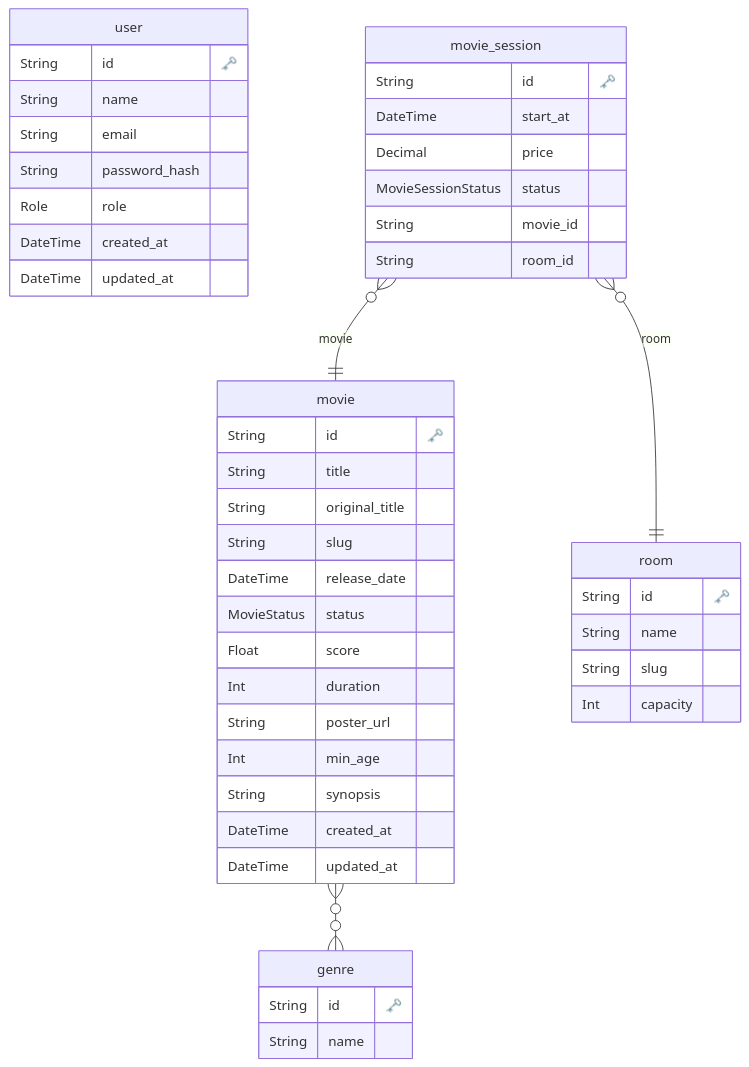
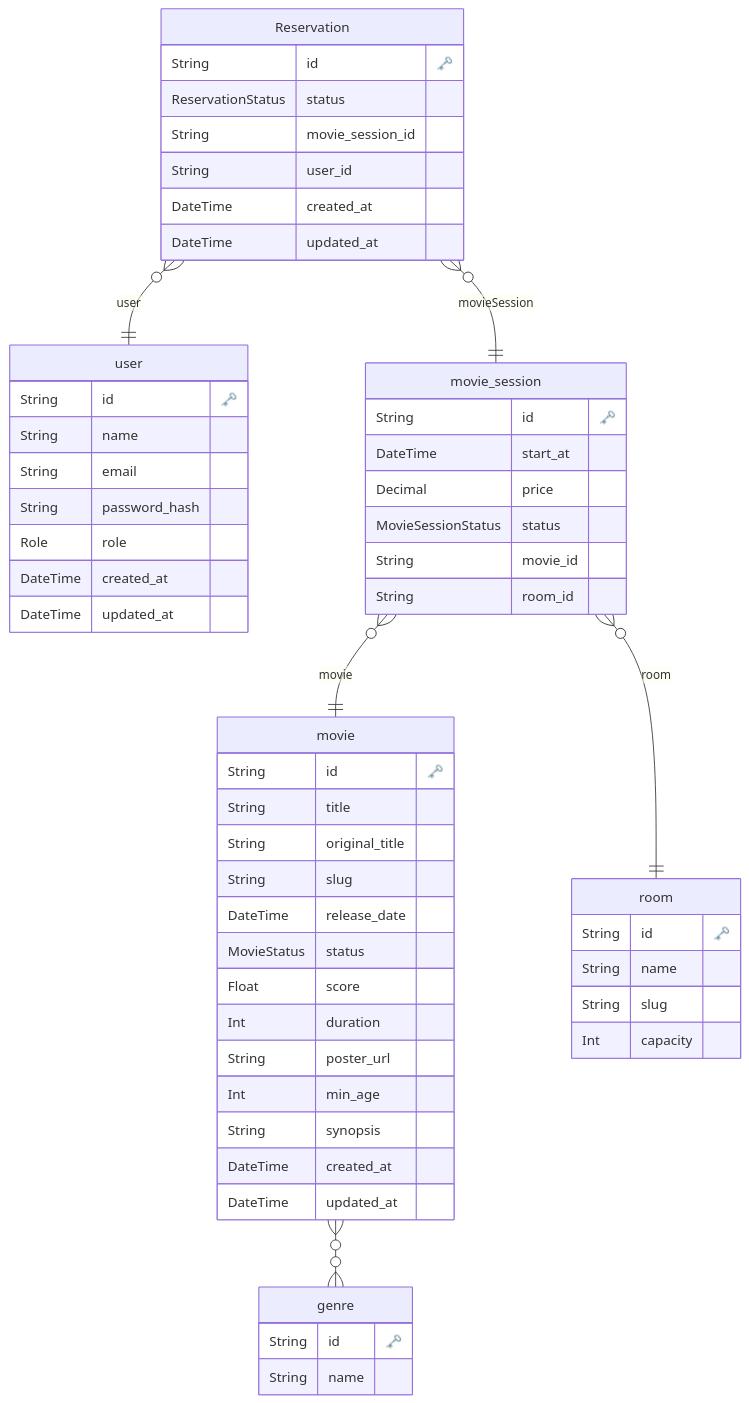
Before and after one commit to ThiagoACNascimento/movie-reservation-system: the diagram in prisma/ERD.md, drawn with Mermaid. The commit also changed 2 other files, not shown here.

Commit message:
feat: add new columns and relation in `Reservation` model

````diff
--- a/prisma/ERD.md
+++ b/prisma/ERD.md
@@ -1,58 +1,70 @@
 ```mermaid
 erDiagram
 
   "user" {
     String id "🗝️"
-    String name 
-    String email 
-    String password_hash 
-    Role role 
-    DateTime created_at 
-    DateTime updated_at 
+    String name
+    String email
+    String password_hash
+    Role role
+    DateTime created_at
+    DateTime updated_at
     }
-  
+
 
   "movie" {
     String id "🗝️"
-    String title 
-    String original_title 
-    String slug 
-    DateTime release_date 
-    MovieStatus status 
-    Float score 
-    Int duration 
-    String poster_url 
-    Int min_age 
-    String synopsis 
-    DateTime created_at 
-    DateTime updated_at 
+    String title
+    String original_title
+    String slug
+    DateTime release_date
+    MovieStatus status
+    Float score
+    Int duration
+    String poster_url
+    Int min_age
+    String synopsis
+    DateTime created_at
+    DateTime updated_at
     }
-  
+
 
   "genre" {
     String id "🗝️"
-    String name 
+    String name
     }
-  
+
 
   "room" {
     String id "🗝️"
-    String name 
-    String slug 
-    Int capacity 
+    String name
+    String slug
+    Int capacity
     }
-  
+
 
   "movie_session" {
     String id "🗝️"
-    DateTime start_at 
-    Decimal price 
-    MovieSessionStatus status 
-    String movie_id 
-    String room_id 
+    DateTime start_at
+    Decimal price
+    MovieSessionStatus status
+    String movie_id
+    String room_id
     }
-  
+
+
+  "Reservation" {
+    String id "🗝️"
+    ReservationStatus status
+    String movie_session_id
+    String user_id
+    DateTime created_at
+    DateTime updated_at
+    }
+
     "movie" o{--}o "genre" : ""
     "movie_session" }o--|| movie : "movie"
     "movie_session" }o--|| room : "room"
+    "Reservation" }o--|| movie_session : "movieSession"
+    "Reservation" }o--|| user : "user"
 ```
````
